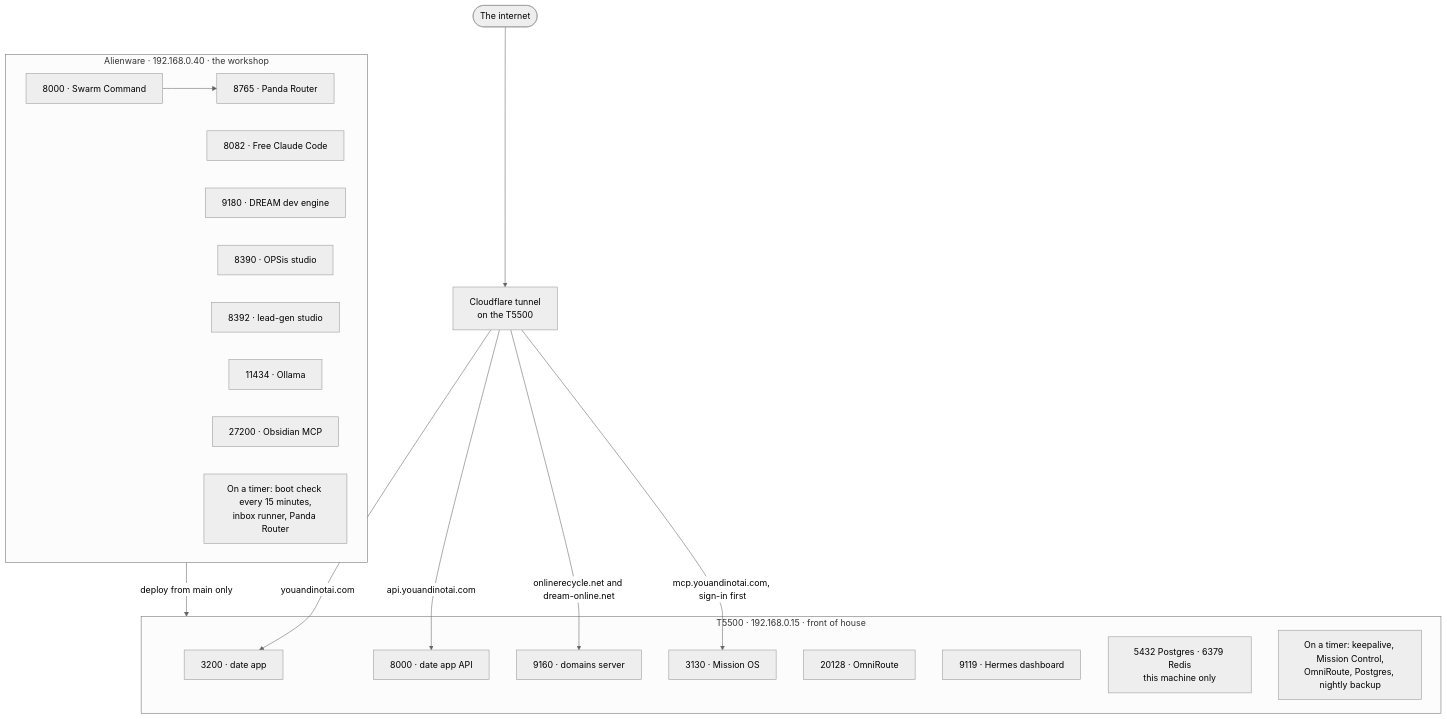
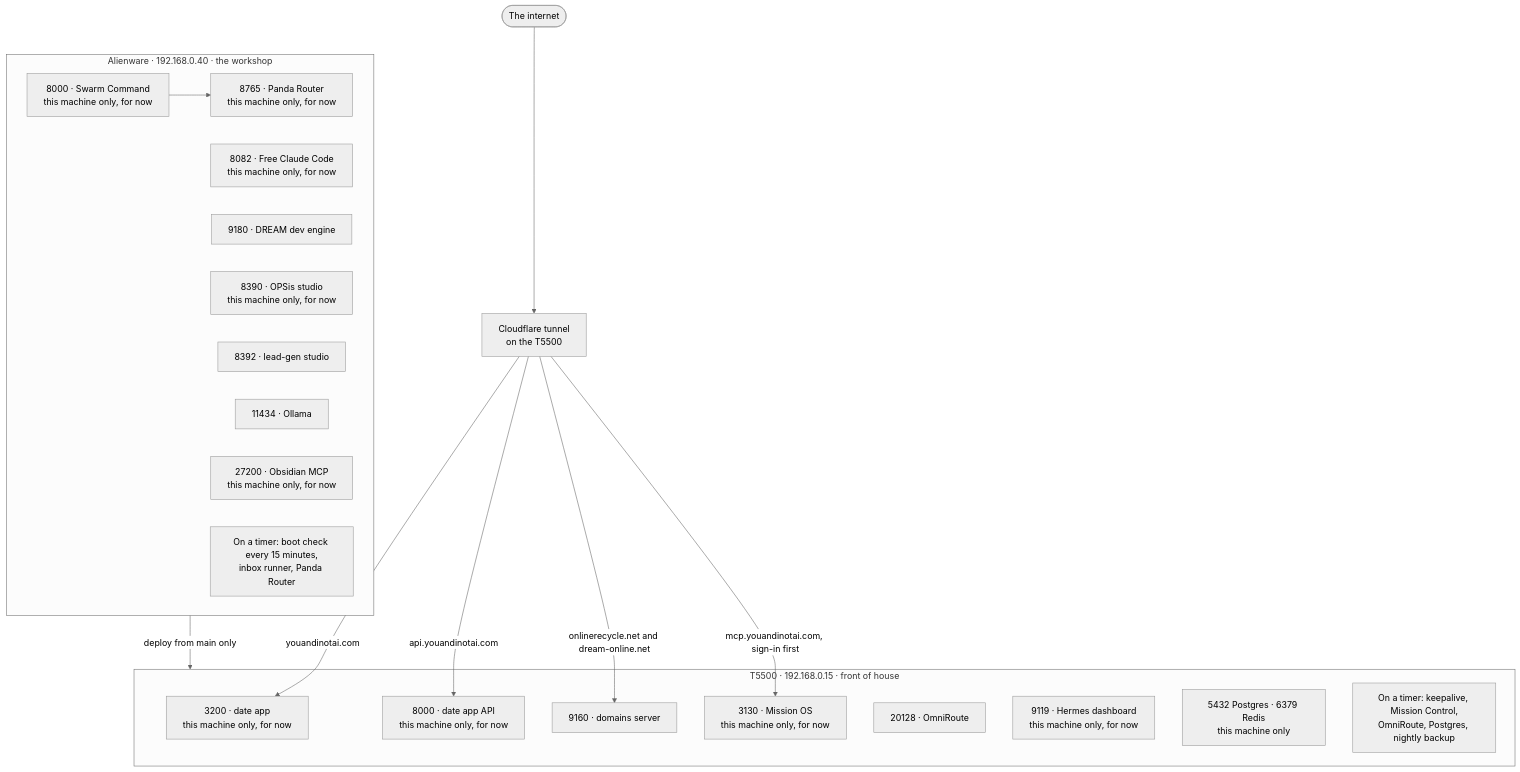
The third of 4 diagrams in docs/kitchen/KITCHEN.md (Trollz1004/dream-online), drawn with Mermaid (neutral theme) before and after one commit. The commit also changed other lines of this file and 2 other files, not shown here.

Commit message:
[2026-11-16] Kitchen pictures: mark loopback services and planned parts honestly, by Opus
Claude-Session: https://claude.ai/code/session_01EHBGaLmchR8Hpms7iJJAQ3

````diff
--- a/docs/kitchen/KITCHEN.md
+++ b/docs/kitchen/KITCHEN.md
@@ -95,33 +95,33 @@
 ```mermaid
 flowchart TB
   NET(["The internet"])
   CF["Cloudflare tunnel<br/>on the T5500"]
   subgraph T5["T5500 · 192.168.0.15 · front of house"]
-    t3200["3200 · date app"]
-    t8000["8000 · date app API"]
+    t3200["3200 · date app<br/>this machine only, for now"]
+    t8000["8000 · date app API<br/>this machine only, for now"]
     t9160["9160 · domains server"]
-    t3130["3130 · Mission OS"]
+    t3130["3130 · Mission OS<br/>this machine only, for now"]
     t20128["20128 · OmniRoute"]
-    t9119["9119 · Hermes dashboard"]
+    t9119["9119 · Hermes dashboard<br/>this machine only, for now"]
     tdb["5432 Postgres · 6379 Redis<br/>this machine only"]
     tsch["On a timer: keepalive, Mission Control,<br/>OmniRoute, Postgres, nightly backup"]
   end
   subgraph AW["Alienware · 192.168.0.40 · the workshop"]
-    a8000["8000 · Swarm Command"]
-    a8765["8765 · Panda Router"]
-    a8082["8082 · Free Claude Code"]
+    a8000["8000 · Swarm Command<br/>this machine only, for now"]
+    a8765["8765 · Panda Router<br/>this machine only, for now"]
+    a8082["8082 · Free Claude Code<br/>this machine only, for now"]
     a9180["9180 · DREAM dev engine"]
-    a8390["8390 · OPSis studio"]
+    a8390["8390 · OPSis studio<br/>this machine only, for now"]
     a8392["8392 · lead-gen studio"]
     a11434["11434 · Ollama"]
-    a27200["27200 · Obsidian MCP"]
+    a27200["27200 · Obsidian MCP<br/>this machine only, for now"]
     asch["On a timer: boot check every 15 minutes,<br/>inbox runner, Panda Router"]
   end
   NET --> CF
   CF -- "youandinotai.com" --> t3200
   CF -- "api.youandinotai.com" --> t8000
   CF -- "onlinerecycle.net and dream-online.net" --> t9160
   CF -- "mcp.youandinotai.com, sign-in first" --> t3130
   a8000 --> a8765
   AW -- "deploy from main only" --> T5
 ```
````
